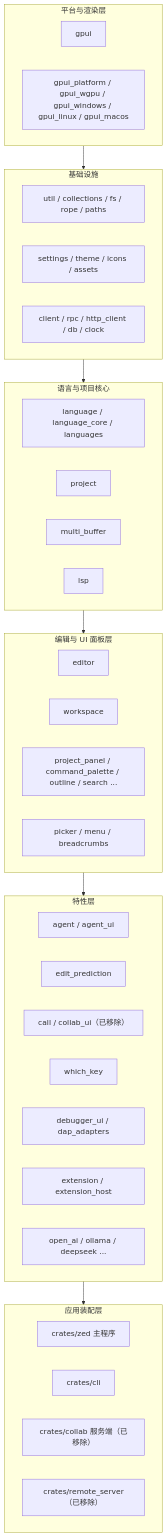
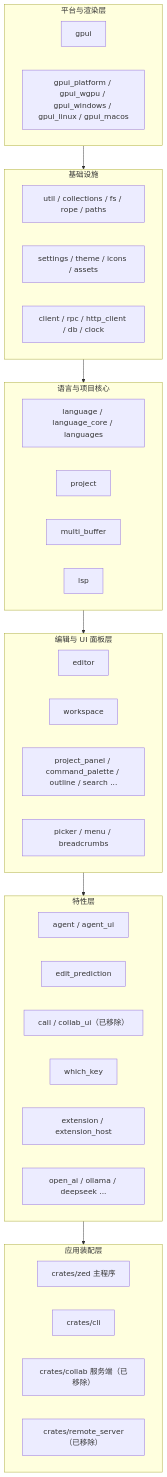
One commit to rzhangjing/zed changed the diagram in wiki/Architecture.md. Above: the diagram before and after it, drawn with Mermaid. The commit also changed other lines of this file and 282 other files, not shown here.

````diff
--- a/wiki/Architecture.md
+++ b/wiki/Architecture.md
@@ -7,41 +7,40 @@
 ```mermaid
 graph TB
     subgraph L6[应用装配层]
         ZED[crates/zed 主程序]
         CLI[crates/cli]
         COLLAB["crates/collab 服务端（已移除）"]
         RS["crates/remote_server（已移除）"]
     end
     subgraph L5[特性层]
         AGENT[agent / agent_ui]
         PRED[edit_prediction]
         CALL["call / collab_ui（已移除）"]
         VIM[which_key]
-        DBG[debugger_ui / dap_adapters]
         EXT[extension / extension_host]
         PROV[open_ai / ollama / deepseek ...]
     end
     subgraph L4[编辑与 UI 面板层]
         EDITOR[editor]
         WS[workspace]
         PANELS[project_panel / command_palette / outline / search ...]
         PICKER[picker / menu / breadcrumbs]
     end
     subgraph L3[语言与项目核心]
         LANG[language / language_core / languages]
         PROJ[project]
         MB[multi_buffer]
         LSP[lsp]
     end
     subgraph L2[基础设施]
         UTIL[util / collections / fs / rope / paths]
         SET[settings / theme / icons / assets]
         NET[client / rpc / http_client / db / clock]
     end
     subgraph L1[平台与渲染层]
         GPUI[gpui]
         PLAT[gpui_platform / gpui_wgpu / gpui_windows / gpui_linux / gpui_macos]
     end
 
     L1 --> L2 --> L3 --> L4 --> L5 --> L6
 ```
````
